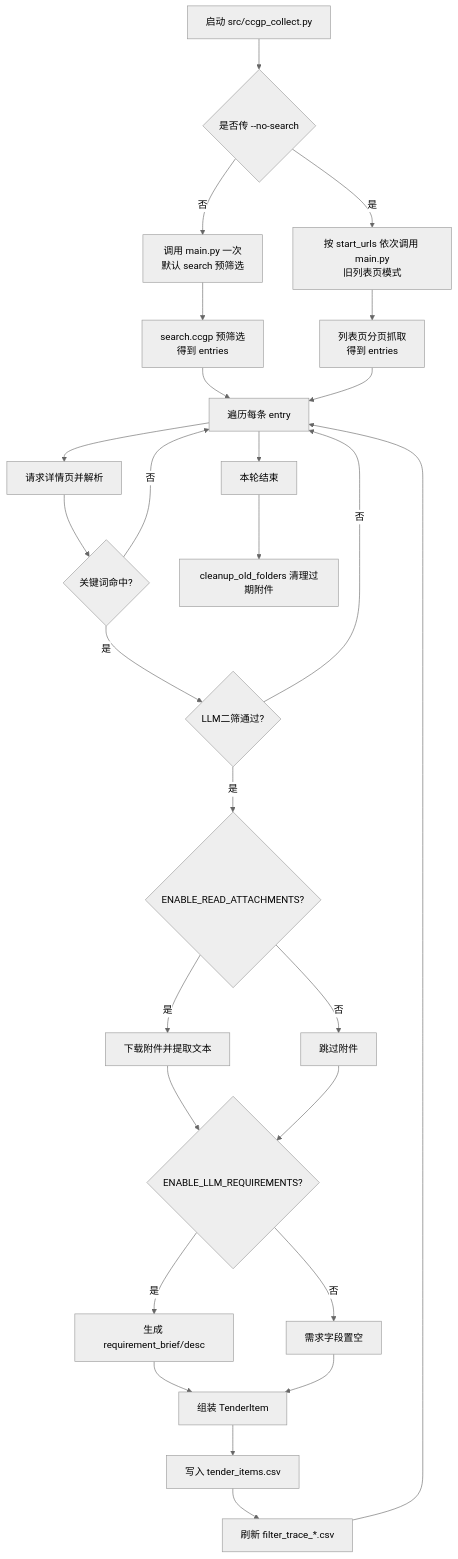
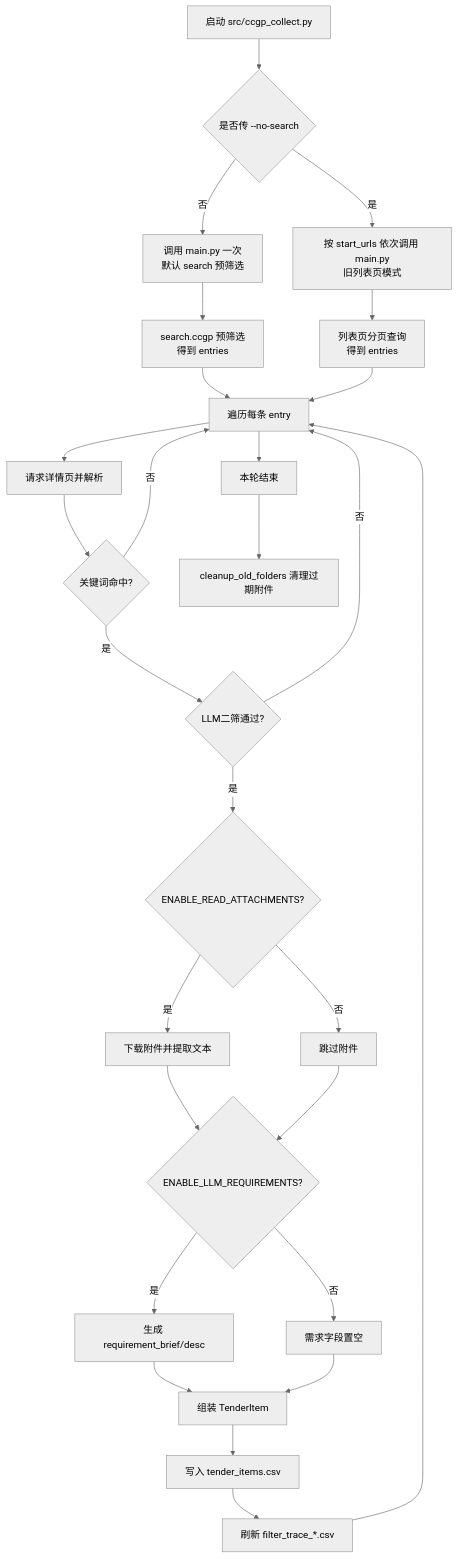
One commit to guluor-w/project-collect changed the diagram in 流程.md. Above: the diagram before and after it, drawn with Mermaid (neutral theme). The commit also changed other lines of this file and 4 other files, not shown here.

````diff
--- a/流程.md
+++ b/流程.md
@@ -18,39 +18,39 @@
 ```mermaid
 flowchart TD
   A[启动 src/ccgp_collect.py] --> B{是否传 --no-search}
 
   B -- 否 --> C[调用 main.py 一次\n默认 search 预筛选]
   B -- 是 --> D[按 start_urls 依次调用 main.py\n旧列表页模式]
 
   C --> E[search.ccgp 预筛选\n得到 entries]
-  D --> F[列表页分页抓取\n得到 entries]
+  D --> F[列表页分页查询\n得到 entries]
 
   E --> G[遍历每条 entry]
   F --> G
 
   G --> H[请求详情页并解析]
   H --> I{关键词命中?}
   I -- 否 --> G
   I -- 是 --> J{LLM二筛通过?}
   J -- 否 --> G
   J -- 是 --> K{ENABLE_READ_ATTACHMENTS?}
 
   K -- 是 --> L[下载附件并提取文本]
   K -- 否 --> M[跳过附件]
 
   L --> N{ENABLE_LLM_REQUIREMENTS?}
   M --> N
 
   N -- 是 --> O[生成 requirement_brief/desc]
   N -- 否 --> P[需求字段置空]
 
   O --> Q[组装 TenderItem]
   P --> Q
 
   Q --> R[写入 tender_items.csv]
   R --> S[刷新 filter_trace_*.csv]
   S --> G
 
   G --> T[本轮结束]
   T --> U[cleanup_old_folders 清理过期附件]
 ```
````
